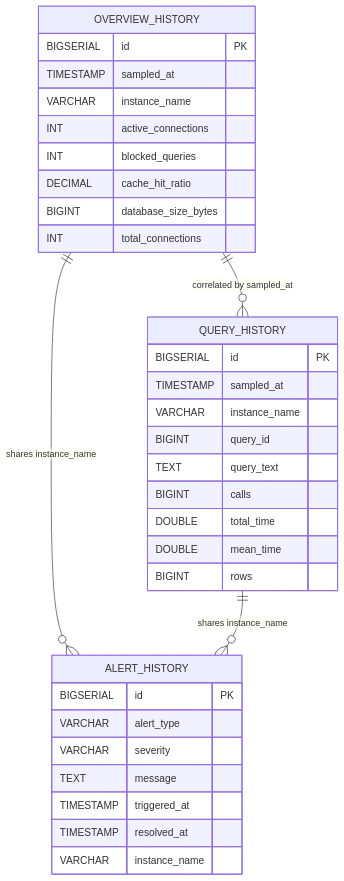
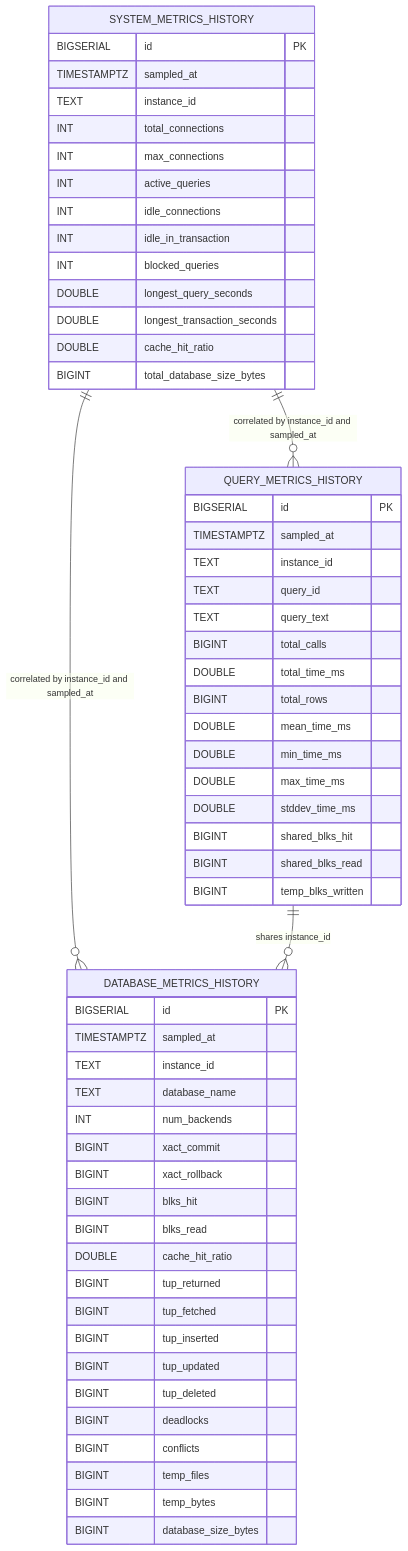
The diagram in docs/modules/developer-guide/examples/erd-schema.mmd (bovinemagnet/pg-console), drawn with Mermaid before and after one commit. The commit also changed 50 other files, not shown here.

Commit message:
add documentation examples for configuration priority, deadlock investigation, and resolution diagrams. implement DeadlockConfig model.

```diff
--- a/docs/modules/developer-guide/examples/erd-schema.mmd
+++ b/docs/modules/developer-guide/examples/erd-schema.mmd
@@ -1,44 +1,66 @@
 erDiagram
     %% pgconsole schema entity-relationship diagram
-    %% Shows the three main tables used for historical data storage
+    %% Shows the main history tables used for metrics sampling and trend visualisation
 
-    OVERVIEW_HISTORY {
+    SYSTEM_METRICS_HISTORY {
         BIGSERIAL id PK
-        TIMESTAMP sampled_at
-        VARCHAR instance_name
-        INT active_connections
+        TIMESTAMPTZ sampled_at
+        TEXT instance_id
+        INT total_connections
+        INT max_connections
+        INT active_queries
+        INT idle_connections
+        INT idle_in_transaction
         INT blocked_queries
-        DECIMAL cache_hit_ratio
-        BIGINT database_size_bytes
-        INT total_connections
+        DOUBLE longest_query_seconds
+        DOUBLE longest_transaction_seconds
+        DOUBLE cache_hit_ratio
+        BIGINT total_database_size_bytes
     }
 
-    QUERY_HISTORY {
+    QUERY_METRICS_HISTORY {
         BIGSERIAL id PK
-        TIMESTAMP sampled_at
-        VARCHAR instance_name
-        BIGINT query_id
+        TIMESTAMPTZ sampled_at
+        TEXT instance_id
+        TEXT query_id
         TEXT query_text
-        BIGINT calls
-        DOUBLE total_time
-        DOUBLE mean_time
-        BIGINT rows
+        BIGINT total_calls
+        DOUBLE total_time_ms
+        BIGINT total_rows
+        DOUBLE mean_time_ms
+        DOUBLE min_time_ms
+        DOUBLE max_time_ms
+        DOUBLE stddev_time_ms
+        BIGINT shared_blks_hit
+        BIGINT shared_blks_read
+        BIGINT temp_blks_written
     }
 
-    ALERT_HISTORY {
+    DATABASE_METRICS_HISTORY {
         BIGSERIAL id PK
-        VARCHAR alert_type
-        VARCHAR severity
-        TEXT message
-        TIMESTAMP triggered_at
-        TIMESTAMP resolved_at
-        VARCHAR instance_name
+        TIMESTAMPTZ sampled_at
+        TEXT instance_id
+        TEXT database_name
+        INT num_backends
+        BIGINT xact_commit
+        BIGINT xact_rollback
+        BIGINT blks_hit
+        BIGINT blks_read
+        DOUBLE cache_hit_ratio
+        BIGINT tup_returned
+        BIGINT tup_fetched
+        BIGINT tup_inserted
+        BIGINT tup_updated
+        BIGINT tup_deleted
+        BIGINT deadlocks
+        BIGINT conflicts
+        BIGINT temp_files
+        BIGINT temp_bytes
+        BIGINT database_size_bytes
     }
 
     %% Relationships
-    %% overview_history and query_history are correlated by sampled_at timestamp
-    OVERVIEW_HISTORY ||--o{ QUERY_HISTORY : "correlated by sampled_at"
-
-    %% alert_history shares instance_name with both tables
-    OVERVIEW_HISTORY ||--o{ ALERT_HISTORY : "shares instance_name"
-    QUERY_HISTORY ||--o{ ALERT_HISTORY : "shares instance_name"
+    %% All history tables share instance_id and are correlated by sampled_at timestamp
+    SYSTEM_METRICS_HISTORY ||--o{ QUERY_METRICS_HISTORY : "correlated by instance_id and sampled_at"
+    SYSTEM_METRICS_HISTORY ||--o{ DATABASE_METRICS_HISTORY : "correlated by instance_id and sampled_at"
+    QUERY_METRICS_HISTORY ||--o{ DATABASE_METRICS_HISTORY : "shares instance_id"
```
